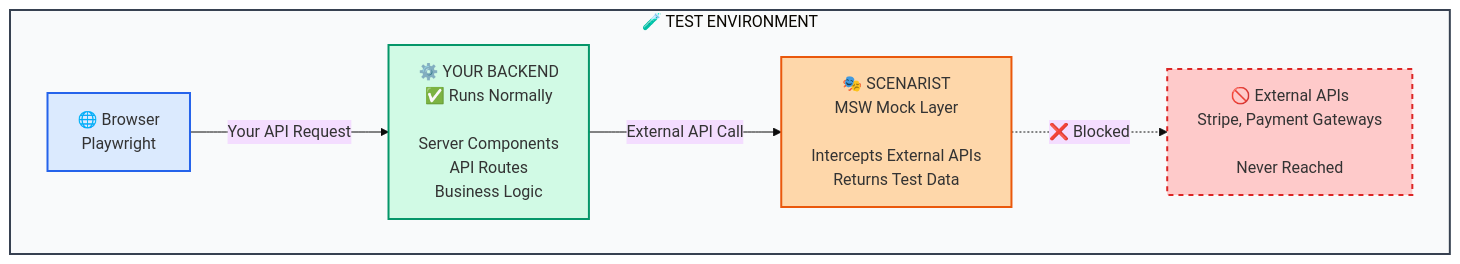
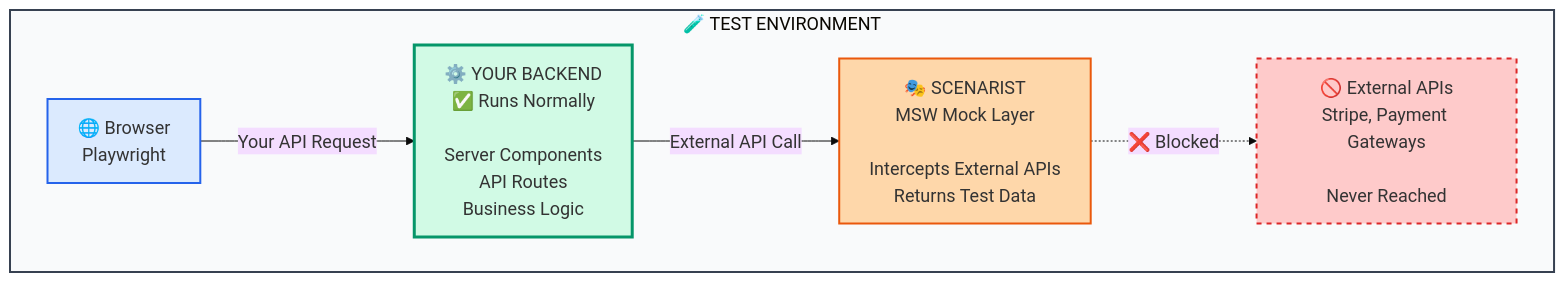
Before and after one commit to citypaul/scenarist: the diagram in apps/docs/src/content/docs/index.mdx, drawn with Mermaid. The commit also changed other lines of this file, not shown here.

First line of the commit message:
docs: emphasize 'Your Backend Actually Runs' as key differentiator

````diff
--- a/apps/docs/src/content/docs/index.mdx
+++ b/apps/docs/src/content/docs/index.mdx
@@ -107,20 +113,20 @@
 ```mermaid
-%%{init: {'theme':'base', 'themeVariables': { 'fontSize':'16px'}}}%%
+%%{init: {'theme':'base', 'themeVariables': { 'fontSize':'18px'}}}%%
 graph TB
     subgraph test["🧪 TEST ENVIRONMENT"]
         browser["🌐 Browser<br/>Playwright"]
         backend["⚙️ YOUR BACKEND<br/>✅ Runs Normally<br/><br/>Server Components<br/>API Routes<br/>Business Logic"]
         mock["🎭 SCENARIST<br/>MSW Mock Layer<br/><br/>Intercepts External APIs<br/>Returns Test Data"]
         external["🚫 External APIs<br/>Stripe, Payment Gateways<br/><br/>Never Reached"]
 
         browser -->|"Your API Request"| backend
         backend -->|"External API Call"| mock
         mock -.->|"❌ Blocked"| external
     end
 
     style test fill:#f9fafb,stroke:#374151,stroke-width:2px
     style browser fill:#dbeafe,stroke:#2563eb,stroke-width:2px
-    style backend fill:#d1fae5,stroke:#059669,stroke-width:2px
+    style backend fill:#d1fae5,stroke:#059669,stroke-width:3px
     style mock fill:#fed7aa,stroke:#ea580c,stroke-width:2px
     style external fill:#fecaca,stroke:#dc2626,stroke-width:2px,stroke-dasharray: 5 5
 ```
````
